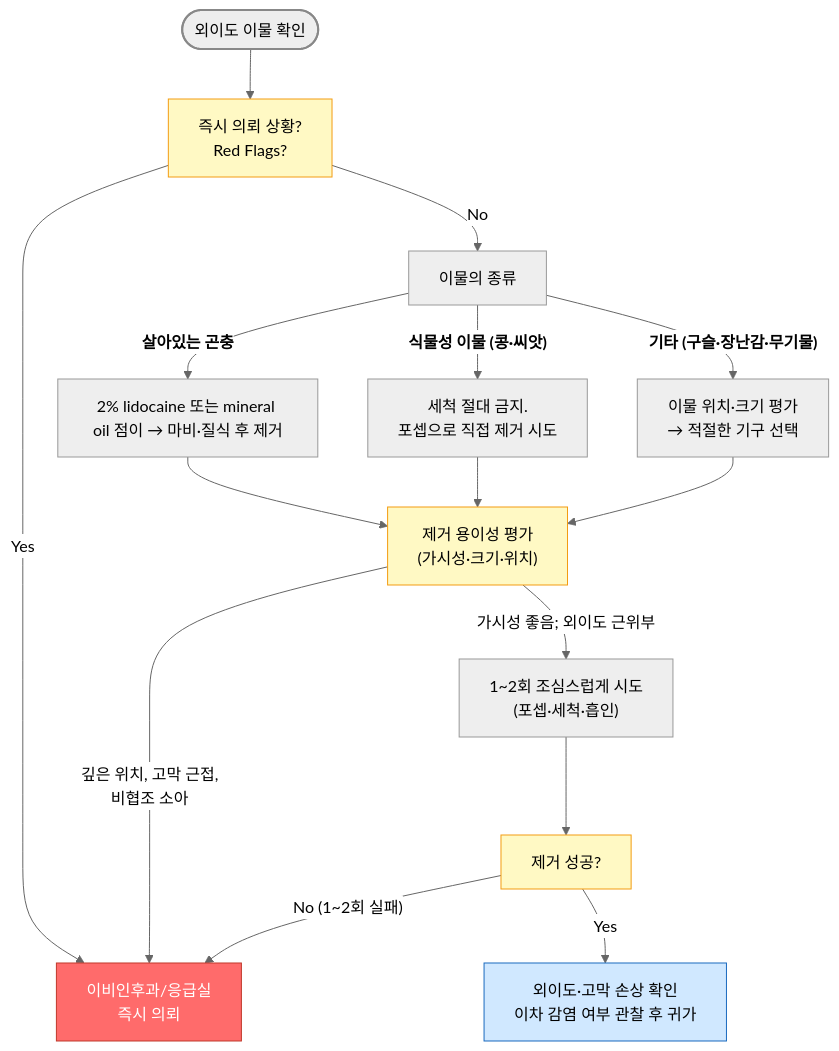
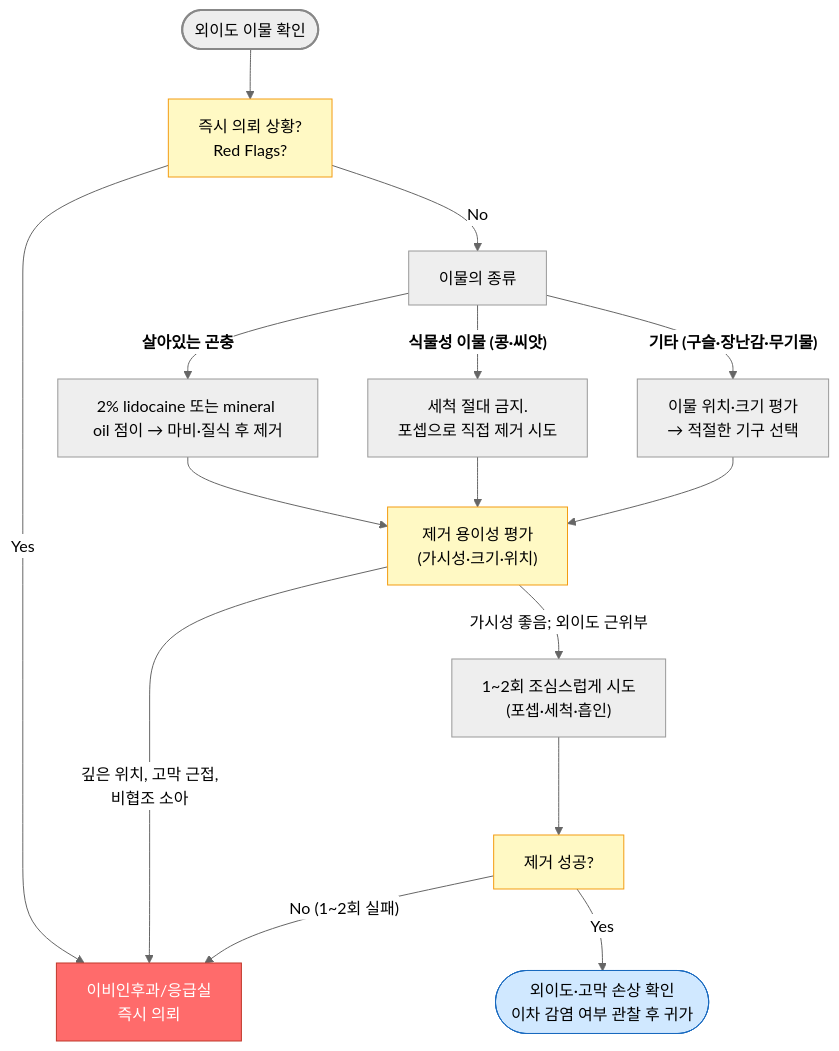
One commit to familyoh77/familyoh77 changed the second of 3 diagrams in 222_/049_-ear-injury.md. Above: the diagram before and after it, drawn with Mermaid (neutral theme). The commit also changed other lines of this file and 2 other files, not shown here.

````diff
--- a/222_/049_-ear-injury.md
+++ b/222_/049_-ear-injury.md
@@ -206,30 +206,30 @@
 ```mermaid
 graph TD
     Start(["외이도 이물 확인"]) --> RedFlags["즉시 의뢰 상황? <br> Red Flags?"]
 
     RedFlags -- "Yes" --> Refer["이비인후과/응급실 <br> 즉시 의뢰"]
     RedFlags -- "No" --> FBType["이물의 종류"]
 
     FBType -- "<b>살아있는 곤충</b>" --> Insect["2% lidocaine 또는 mineral oil 점이 → 마비·질식 후 제거"]
     FBType -- "<b>식물성 이물 (콩·씨앗)</b>" --> Vegetable["세척 절대 금지. <br>포셉으로 직접 제거 시도"]
     FBType -- "<b>기타 (구슬·장난감·무기물)</b>" --> General["이물 위치·크기 평가<br>→ 적절한 기구 선택"]
 
     Insect --> Attempt["제거 용이성 평가<br>(가시성·크기·위치)"]
     Vegetable --> Attempt
     General --> Attempt
 
     Attempt -- "가시성 좋음; 외이도 근위부" --> Procedure["1~2회 조심스럽게 시도<br>(포셉·세척·흡인)"]
     Attempt -- "깊은 위치, 고막 근접,
     비협조 소아" --> Refer
 
     Procedure --> Success["제거 성공?"]
     Success -- "No (1~2회 실패)" --> Refer
-    Success -- "Yes" --> FollowUp["외이도·고막 손상 확인<br>이차 감염 여부 관찰 후 귀가"]
+    Success -- "Yes" --> FollowUp(["외이도·고막 손상 확인<br>이차 감염 여부 관찰 후 귀가"])
 
     style Start fill:#eeeeee,stroke:#888888,stroke-width:2px
     classDef yellow fill:#fff9c4,stroke:#f39c12
     class RedFlags,Success,Attempt yellow
 
     style Refer fill:#ff6b6b,stroke:#c0392b,color:#fff
     style FollowUp fill:#d0e8ff,stroke:#1a6abf
 ```
````
